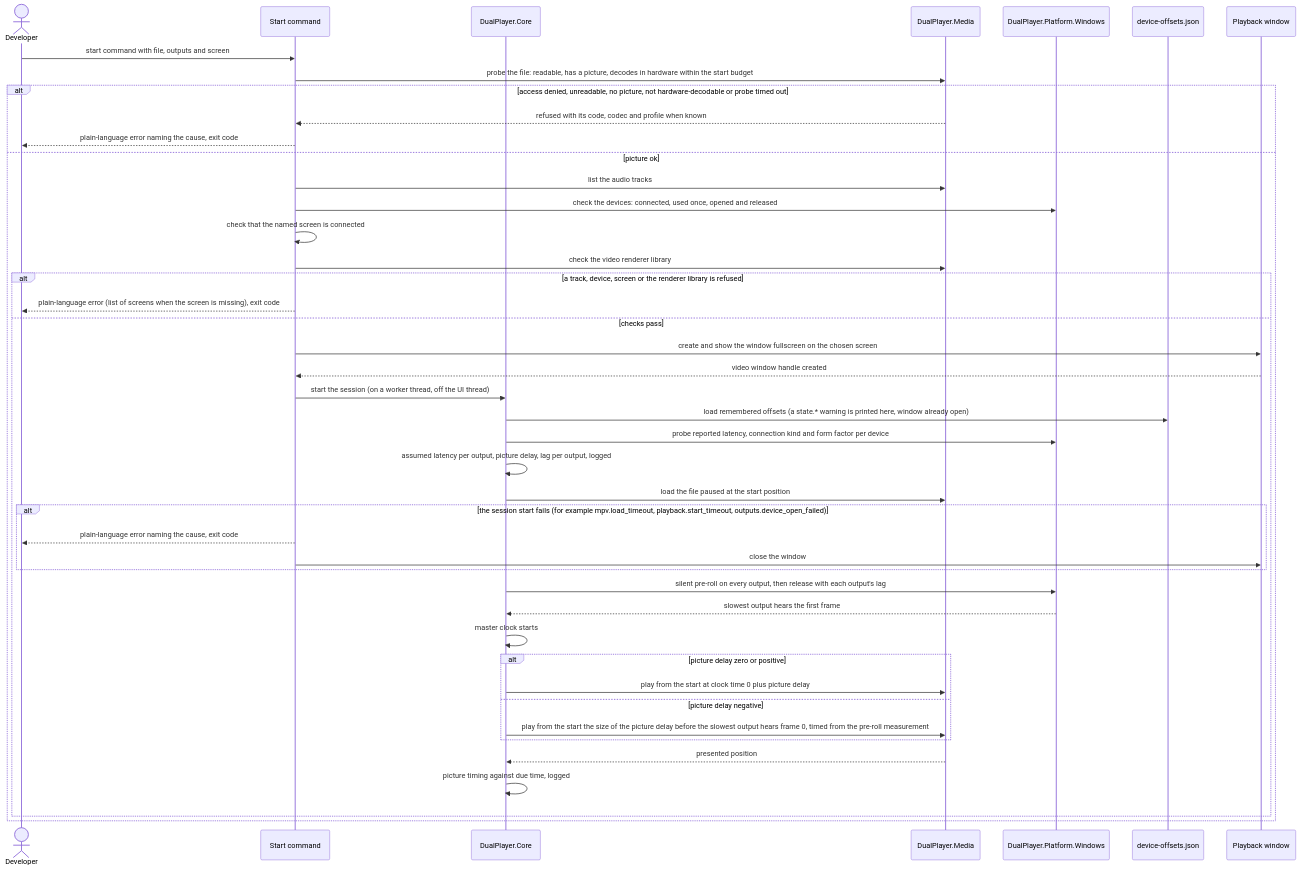
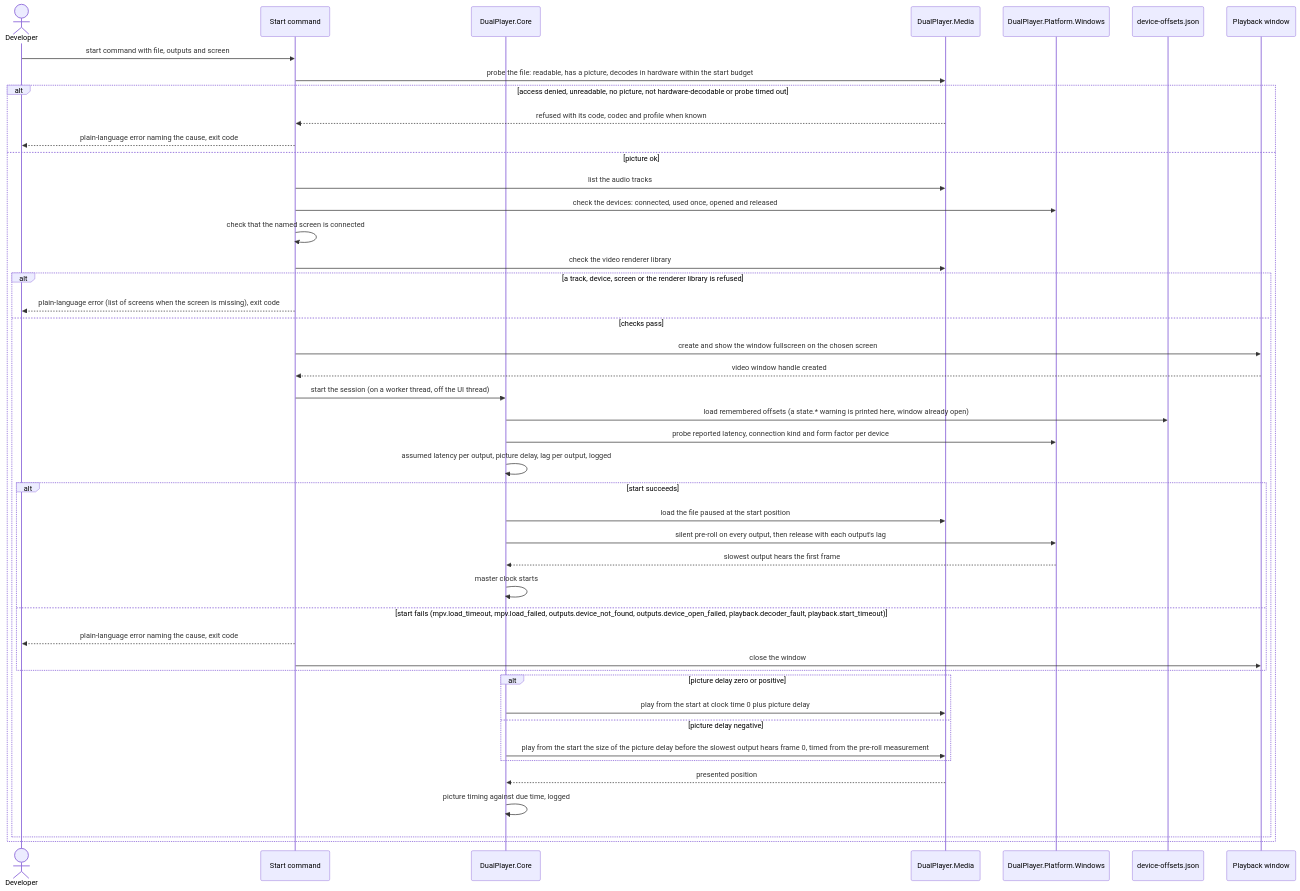
One commit to PulsarV/DualPlayer changed the third of 11 diagrams in docs/features/lip-synced-video/sad.md. Above: the diagram before and after it, drawn with Mermaid. The commit also changed other lines of this file and 7 other files, not shown here.

First line of the commit message:
implement: lip-synced-video T121 Fix the start-failure branch in sad flow 1, list decoder_fault and no-upgrader in cli.md, correct the start-budget mitigation and the executable name, and bring test-plan and the tracker in step

````diff
--- a/docs/features/lip-synced-video/sad.md
+++ b/docs/features/lip-synced-video/sad.md
@@ -216,46 +216,47 @@
 ```mermaid
 sequenceDiagram
     actor Developer
     participant Cli as Start command
     participant Core as DualPlayer.Core
     participant Media as DualPlayer.Media
     participant Platform as DualPlayer.Platform.Windows
     participant Offsets as device-offsets.json
     participant Window as Playback window
     Developer->>Cli: start command with file, outputs and screen
     Cli->>Media: probe the file: readable, has a picture, decodes in hardware within the start budget
     alt access denied, unreadable, no picture, not hardware-decodable or probe timed out
         Media-->>Cli: refused with its code, codec and profile when known
         Cli-->>Developer: plain-language error naming the cause, exit code
     else picture ok
         Cli->>Media: list the audio tracks
         Cli->>Platform: check the devices: connected, used once, opened and released
         Cli->>Cli: check that the named screen is connected
         Cli->>Media: check the video renderer library
         alt a track, device, screen or the renderer library is refused
             Cli-->>Developer: plain-language error (list of screens when the screen is missing), exit code
         else checks pass
             Cli->>Window: create and show the window fullscreen on the chosen screen
             Window-->>Cli: video window handle created
             Cli->>Core: start the session (on a worker thread, off the UI thread)
             Core->>Offsets: load remembered offsets (a state.* warning is printed here, window already open)
             Core->>Platform: probe reported latency, connection kind and form factor per device
             Core->>Core: assumed latency per output, picture delay, lag per output, logged
-            Core->>Media: load the file paused at the start position
-            alt the session start fails (for example mpv.load_timeout, playback.start_timeout, outputs.device_open_failed)
+            alt start succeeds
+                Core->>Media: load the file paused at the start position
+                Core->>Platform: silent pre-roll on every output, then release with each output's lag
+                Platform-->>Core: slowest output hears the first frame
+                Core->>Core: master clock starts
+            else start fails (mpv.load_timeout, mpv.load_failed, outputs.device_not_found, outputs.device_open_failed, playback.decoder_fault, playback.start_timeout)
                 Cli-->>Developer: plain-language error naming the cause, exit code
                 Cli->>Window: close the window
             end
-            Core->>Platform: silent pre-roll on every output, then release with each output's lag
-            Platform-->>Core: slowest output hears the first frame
-            Core->>Core: master clock starts
             alt picture delay zero or positive
                 Core->>Media: play from the start at clock time 0 plus picture delay
             else picture delay negative
                 Core->>Media: play from the start the size of the picture delay before the slowest output hears frame 0, timed from the pre-roll measurement
             end
             Media-->>Core: presented position
             Core->>Core: picture timing against due time, logged
         end
     end
 ```
````
